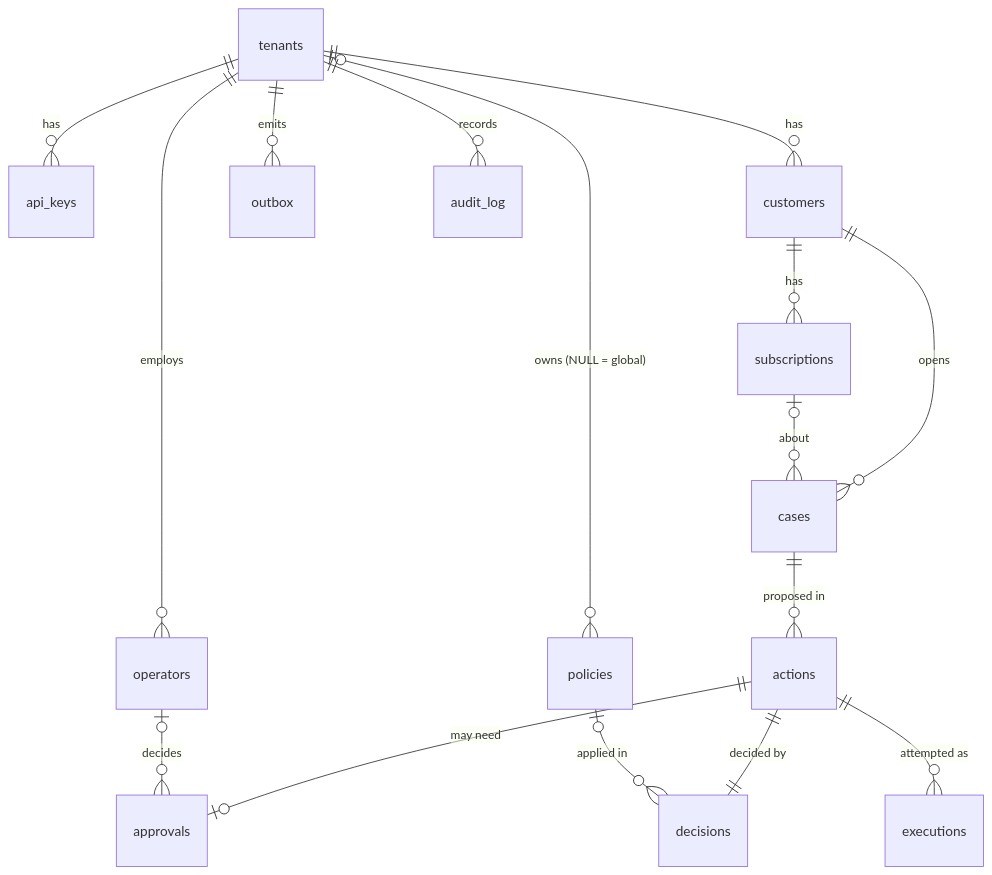
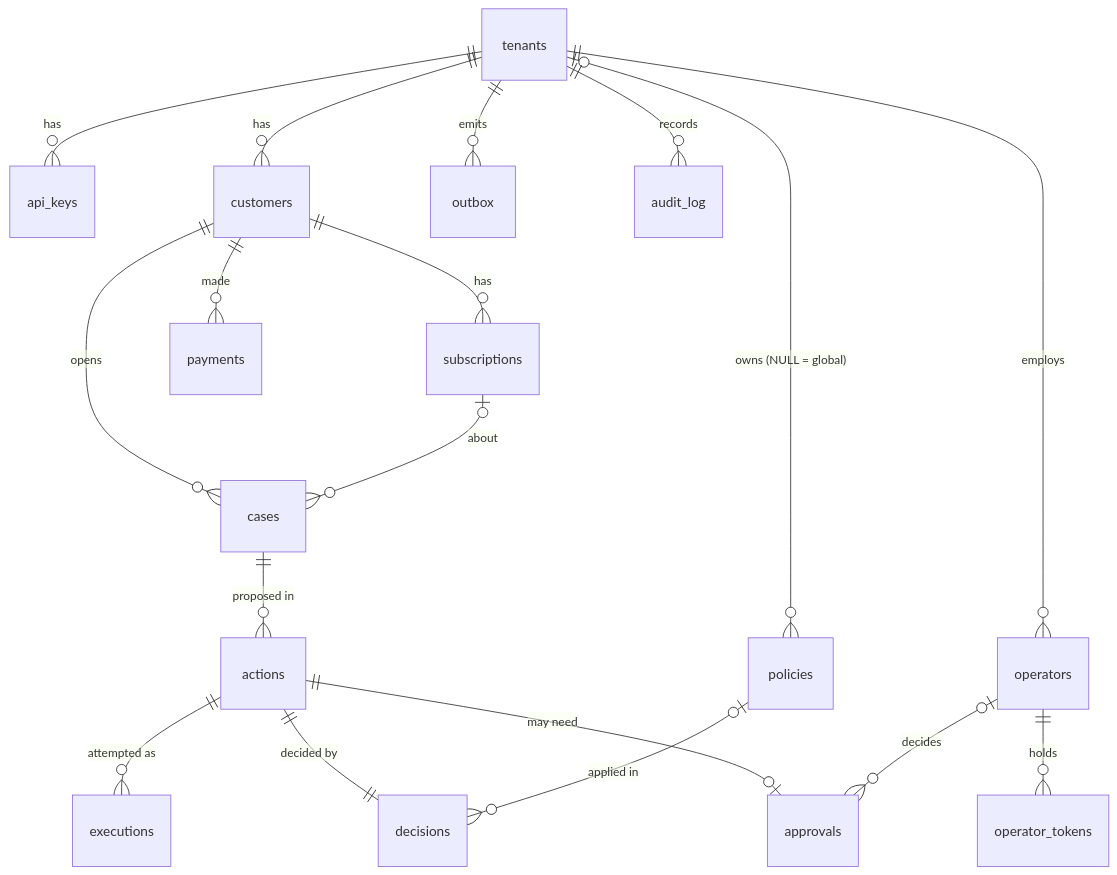
The diagram in docs/database.md (ravismash/agentroute), drawn with Mermaid before and after one commit. The commit also changed 51 other files, not shown here.

````diff
--- a/docs/database.md
+++ b/docs/database.md
@@ -48,18 +48,20 @@
 ```mermaid
 erDiagram
   tenants ||--o{ api_keys : has
   tenants ||--o{ operators : employs
   tenants ||--o{ customers : has
   customers ||--o{ subscriptions : has
   customers ||--o{ cases : opens
   subscriptions |o--o{ cases : "about"
   tenants |o--o{ policies : "owns (NULL = global)"
   cases ||--o{ actions : "proposed in"
   actions ||--|| decisions : "decided by"
   policies |o--o{ decisions : "applied in"
   actions ||--o| approvals : "may need"
   operators |o--o{ approvals : decides
   actions ||--o{ executions : "attempted as"
   tenants ||--o{ outbox : emits
   tenants ||--o{ audit_log : records
+  customers ||--o{ payments : made
+  operators ||--o{ operator_tokens : holds
 ```
````
